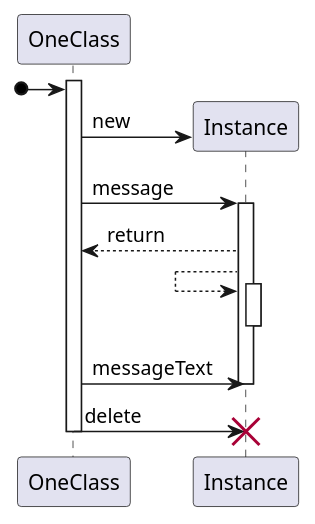
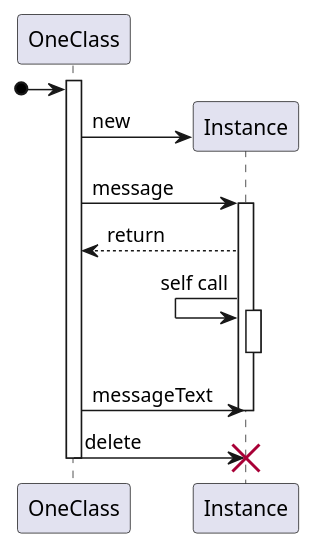
One commit to larest/UMLPlaygroundProject changed the diagram in src/ObjectCreationExample.puml. Above: the diagram before and after it, drawn with PlantUML. The commit also changed 7 other files, not shown here.

```diff
--- a/src/ObjectCreationExample.puml
+++ b/src/ObjectCreationExample.puml
@@ -1,25 +1,25 @@
 @startuml
 participant OneClass
 activate OneClass
 [o-> OneClass:
 create Instance
 OneClass->Instance : new
 
 
 OneClass->Instance : message
 activate Instance
 
 OneClass<--Instance : return
 
-Instance<--Instance
+Instance<-Instance : self call
 activate Instance
 deactivate Instance
 
 OneClass->Instance : messageText
 deactivate Instance
 
 OneClass->Instance : delete
 destroy Instance
 deactivate OneClass
 
 @enduml
```
